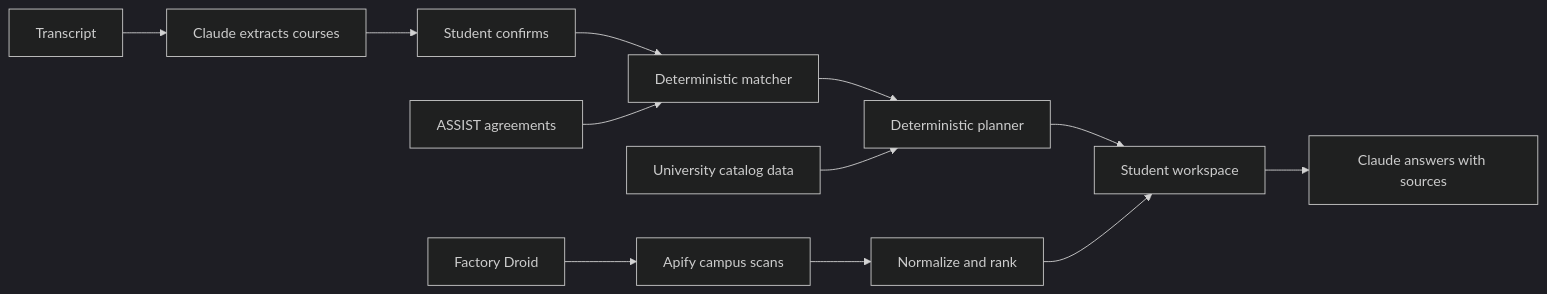
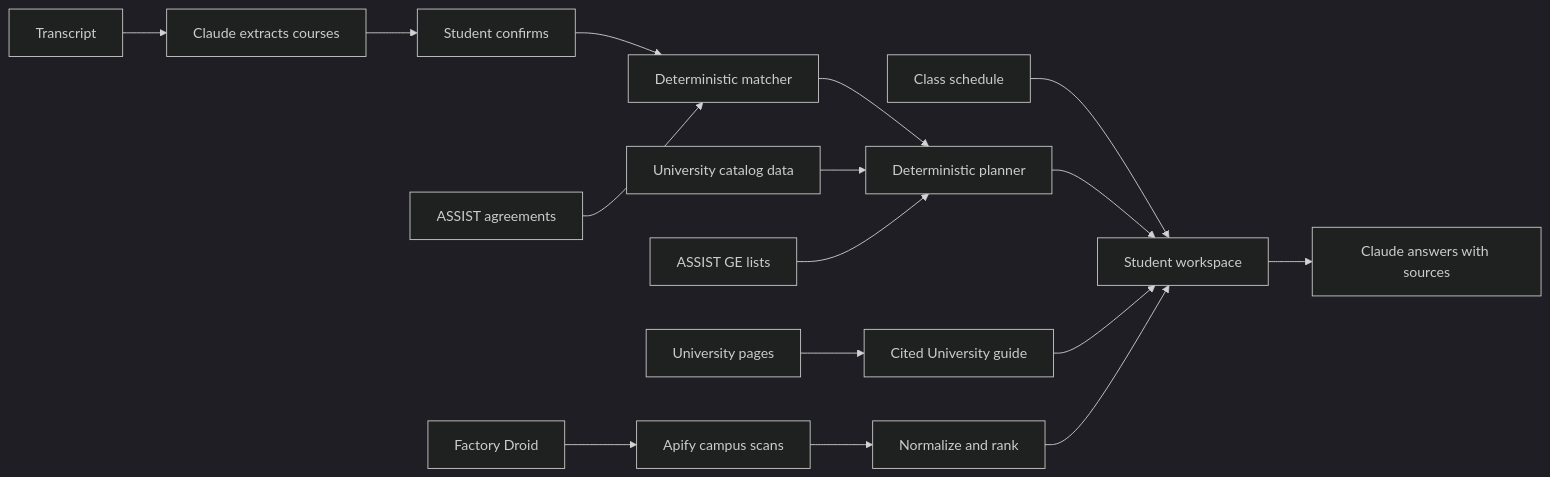
One commit to Cal-Hacks-2026/Hindsight changed the diagram in README.md. Above: the diagram before and after it, drawn with Mermaid (dark theme). The commit also changed other lines of this file and 18 other files, not shown here.

First line of the commit message:
Integration: Home This Week, Ask with GE/schedule/guide, copy sweep, README

````diff
--- a/README.md
+++ b/README.md
@@ -68,14 +76,18 @@
 ```mermaid
 flowchart LR
     T[Transcript] --> E[Claude extracts courses]
     E --> C[Student confirms]
     C --> M[Deterministic matcher]
     A[ASSIST agreements] --> M
     M --> P[Deterministic planner]
     K[University catalog data] --> P
+    G[ASSIST GE lists] --> P
+    H[Class schedule] --> W
     P --> W[Student workspace]
+    U[University pages] --> V[Cited University guide]
+    V --> W
     D[Factory Droid] --> S[Apify campus scans]
     S --> R[Normalize and rank]
     R --> W
     W --> Q[Claude answers with sources]
 ```
````
